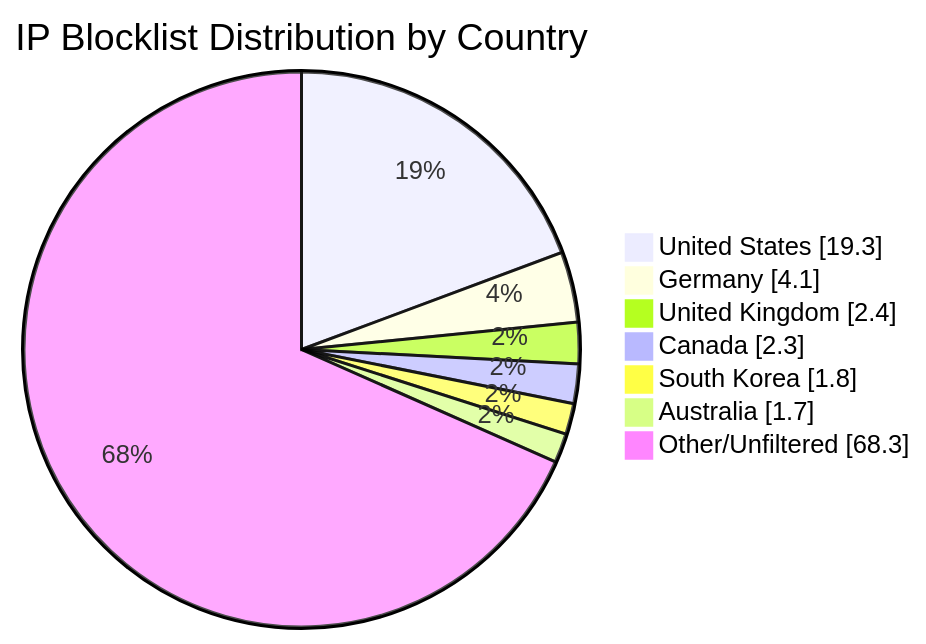
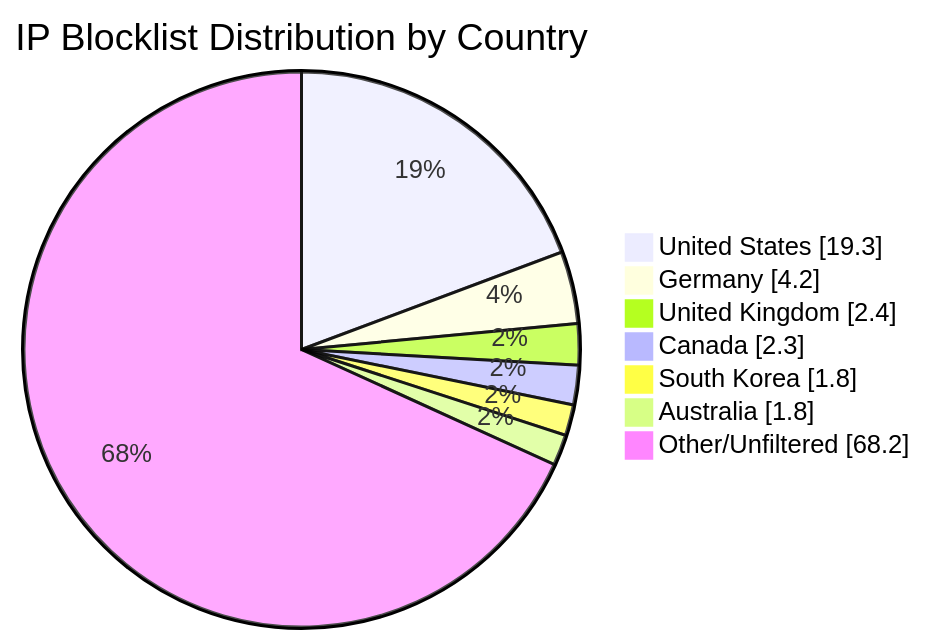
One commit to MarcusHoltz/ipblocklist-geofiltered-aggregator changed the diagram in README.md. Above: the diagram before and after it, drawn with Mermaid. The commit also changed other lines of this file and 9 other files, not shown here.

````diff
--- a/README.md
+++ b/README.md
@@ -34,10 +34,10 @@
 ```mermaid
 pie showData title IP Blocklist Distribution by Country
 "United States" : 19.3
-"Germany" : 4.1
+"Germany" : 4.2
 "United Kingdom" : 2.4
 "Canada" : 2.3
 "South Korea" : 1.8
-"Australia" : 1.7
-"Other/Unfiltered" : 68.3
+"Australia" : 1.8
+"Other/Unfiltered" : 68.2
 ```
````
